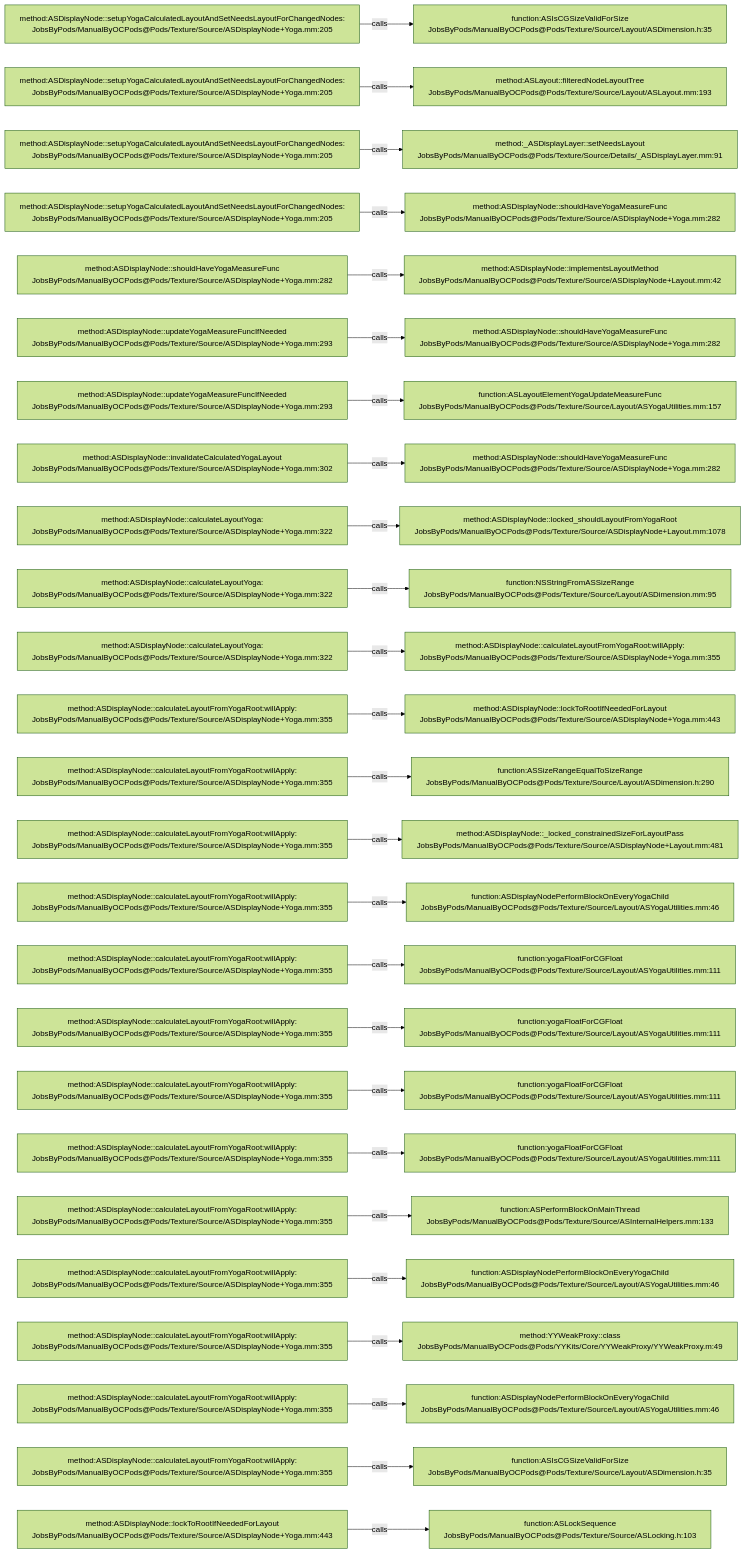
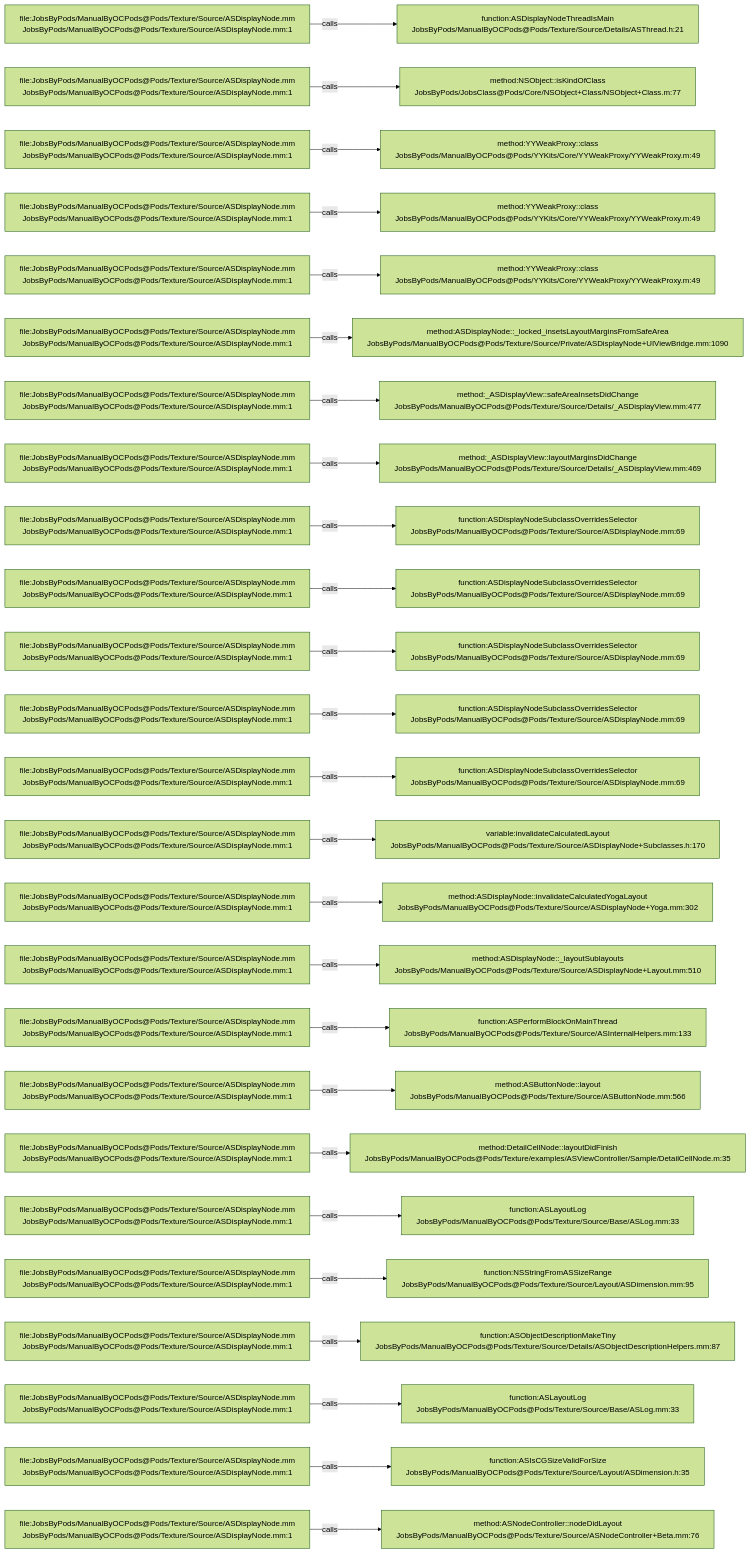
Before and after one commit to JobsKits/JobsOCBaseConfigDemo: the diagram in .codegraph/codegraph.md/graphs/calls-096.md, drawn with Mermaid (forest theme). The commit also changed 1353 other files, not shown here.

````diff
--- a/.codegraph/codegraph.md/graphs/calls-096.md
+++ b/.codegraph/codegraph.md/graphs/calls-096.md
@@ -13,78 +13,78 @@
 ```mermaid
 flowchart LR
-  S1["method:ASDisplayNode::setupYogaCalculatedLayoutAndSetNeedsLayoutForChangedNodes:<br/>JobsByPods/ManualByOCPods@Pods/Texture/Source/ASDisplayNode+Yoga.mm:205"]
-  T1["function:ASIsCGSizeValidForSize<br/>JobsByPods/ManualByOCPods@Pods/Texture/Source/Layout/ASDimension.h:35"]
+  S1["file:JobsByPods/ManualByOCPods@Pods/Texture/Source/ASDisplayNode.mm<br/>JobsByPods/ManualByOCPods@Pods/Texture/Source/ASDisplayNode.mm:1"]
+  T1["function:ASDisplayNodeThreadIsMain<br/>JobsByPods/ManualByOCPods@Pods/Texture/Source/Details/ASThread.h:21"]
   S1 -->|calls| T1
-  S2["method:ASDisplayNode::setupYogaCalculatedLayoutAndSetNeedsLayoutForChangedNodes:<br/>JobsByPods/ManualByOCPods@Pods/Texture/Source/ASDisplayNode+Yoga.mm:205"]
-  T2["method:ASLayout::filteredNodeLayoutTree<br/>JobsByPods/ManualByOCPods@Pods/Texture/Source/Layout/ASLayout.mm:193"]
+  S2["file:JobsByPods/ManualByOCPods@Pods/Texture/Source/ASDisplayNode.mm<br/>JobsByPods/ManualByOCPods@Pods/Texture/Source/ASDisplayNode.mm:1"]
+  T2["method:NSObject::isKindOfClass<br/>JobsByPods/JobsClass@Pods/Core/NSObject+Class/NSObject+Class.m:77"]
   S2 -->|calls| T2
-  S3["method:ASDisplayNode::setupYogaCalculatedLayoutAndSetNeedsLayoutForChangedNodes:<br/>JobsByPods/ManualByOCPods@Pods/Texture/Source/ASDisplayNode+Yoga.mm:205"]
-  T3["method:_ASDisplayLayer::setNeedsLayout<br/>JobsByPods/ManualByOCPods@Pods/Texture/Source/Details/_ASDisplayLayer.mm:91"]
+  S3["file:JobsByPods/ManualByOCPods@Pods/Texture/Source/ASDisplayNode.mm<br/>JobsByPods/ManualByOCPods@Pods/Texture/Source/ASDisplayNode.mm:1"]
+  T3["method:YYWeakProxy::class<br/>JobsByPods/ManualByOCPods@Pods/YYKits/Core/YYWeakProxy/YYWeakProxy.m:49"]
   S3 -->|calls| T3
-  S4["method:ASDisplayNode::setupYogaCalculatedLayoutAndSetNeedsLayoutForChangedNodes:<br/>JobsByPods/ManualByOCPods@Pods/Texture/Source/ASDisplayNode+Yoga.mm:205"]
-  T4["method:ASDisplayNode::shouldHaveYogaMeasureFunc<br/>JobsByPods/ManualByOCPods@Pods/Texture/Source/ASDisplayNode+Yoga.mm:282"]
+  S4["file:JobsByPods/ManualByOCPods@Pods/Texture/Source/ASDisplayNode.mm<br/>JobsByPods/ManualByOCPods@Pods/Texture/Source/ASDisplayNode.mm:1"]
+  T4["method:YYWeakProxy::class<br/>JobsByPods/ManualByOCPods@Pods/YYKits/Core/YYWeakProxy/YYWeakProxy.m:49"]
   S4 -->|calls| T4
-  S5["method:ASDisplayNode::shouldHaveYogaMeasureFunc<br/>JobsByPods/ManualByOCPods@Pods/Texture/Source/ASDisplayNode+Yoga.mm:282"]
-  T5["method:ASDisplayNode::implementsLayoutMethod<br/>JobsByPods/ManualByOCPods@Pods/Texture/Source/ASDisplayNode+Layout.mm:42"]
+  S5["file:JobsByPods/ManualByOCPods@Pods/Texture/Source/ASDisplayNode.mm<br/>JobsByPods/ManualByOCPods@Pods/Texture/Source/ASDisplayNode.mm:1"]
+  T5["method:YYWeakProxy::class<br/>JobsByPods/ManualByOCPods@Pods/YYKits/Core/YYWeakProxy/YYWeakProxy.m:49"]
   S5 -->|calls| T5
-  S6["method:ASDisplayNode::updateYogaMeasureFuncIfNeeded<br/>JobsByPods/ManualByOCPods@Pods/Texture/Source/ASDisplayNode+Yoga.mm:293"]
-  T6["method:ASDisplayNode::shouldHaveYogaMeasureFunc<br/>JobsByPods/ManualByOCPods@Pods/Texture/Source/ASDisplayNode+Yoga.mm:282"]
+  S6["file:JobsByPods/ManualByOCPods@Pods/Texture/Source/ASDisplayNode.mm<br/>JobsByPods/ManualByOCPods@Pods/Texture/Source/ASDisplayNode.mm:1"]
+  T6["method:ASDisplayNode::_locked_insetsLayoutMarginsFromSafeArea<br/>JobsByPods/ManualByOCPods@Pods/Texture/Source/Private/ASDisplayNode+UIViewBridge.mm:1090"]
   S6 -->|calls| T6
-  S7["method:ASDisplayNode::updateYogaMeasureFuncIfNeeded<br/>JobsByPods/ManualByOCPods@Pods/Texture/Source/ASDisplayNode+Yoga.mm:293"]
-  T7["function:ASLayoutElementYogaUpdateMeasureFunc<br/>JobsByPods/ManualByOCPods@Pods/Texture/Source/Layout/ASYogaUtilities.mm:157"]
+  S7["file:JobsByPods/ManualByOCPods@Pods/Texture/Source/ASDisplayNode.mm<br/>JobsByPods/ManualByOCPods@Pods/Texture/Source/ASDisplayNode.mm:1"]
+  T7["method:_ASDisplayView::safeAreaInsetsDidChange<br/>JobsByPods/ManualByOCPods@Pods/Texture/Source/Details/_ASDisplayView.mm:477"]
   S7 -->|calls| T7
-  S8["method:ASDisplayNode::invalidateCalculatedYogaLayout<br/>JobsByPods/ManualByOCPods@Pods/Texture/Source/ASDisplayNode+Yoga.mm:302"]
-  T8["method:ASDisplayNode::shouldHaveYogaMeasureFunc<br/>JobsByPods/ManualByOCPods@Pods/Texture/Source/ASDisplayNode+Yoga.mm:282"]
+  S8["file:JobsByPods/ManualByOCPods@Pods/Texture/Source/ASDisplayNode.mm<br/>JobsByPods/ManualByOCPods@Pods/Texture/Source/ASDisplayNode.mm:1"]
+  T8["method:_ASDisplayView::layoutMarginsDidChange<br/>JobsByPods/ManualByOCPods@Pods/Texture/Source/Details/_ASDisplayView.mm:469"]
   S8 -->|calls| T8
-  S9["method:ASDisplayNode::calculateLayoutYoga:<br/>JobsByPods/ManualByOCPods@Pods/Texture/Source/ASDisplayNode+Yoga.mm:322"]
-  T9["method:ASDisplayNode::locked_shouldLayoutFromYogaRoot<br/>JobsByPods/ManualByOCPods@Pods/Texture/Source/ASDisplayNode+Layout.mm:1078"]
+  S9["file:JobsByPods/ManualByOCPods@Pods/Texture/Source/ASDisplayNode.mm<br/>JobsByPods/ManualByOCPods@Pods/Texture/Source/ASDisplayNode.mm:1"]
+  T9["function:ASDisplayNodeSubclassOverridesSelector<br/>JobsByPods/ManualByOCPods@Pods/Texture/Source/ASDisplayNode.mm:69"]
   S9 -->|calls| T9
-  S10["method:ASDisplayNode::calculateLayoutYoga:<br/>JobsByPods/ManualByOCPods@Pods/Texture/Source/ASDisplayNode+Yoga.mm:322"]
-  T10["function:NSStringFromASSizeRange<br/>JobsByPods/ManualByOCPods@Pods/Texture/Source/Layout/ASDimension.mm:95"]
+  S10["file:JobsByPods/ManualByOCPods@Pods/Texture/Source/ASDisplayNode.mm<br/>JobsByPods/ManualByOCPods@Pods/Texture/Source/ASDisplayNode.mm:1"]
+  T10["function:ASDisplayNodeSubclassOverridesSelector<br/>JobsByPods/ManualByOCPods@Pods/Texture/Source/ASDisplayNode.mm:69"]
   S10 -->|calls| T10
-  S11["method:ASDisplayNode::calculateLayoutYoga:<br/>JobsByPods/ManualByOCPods@Pods/Texture/Source/ASDisplayNode+Yoga.mm:322"]
-  T11["method:ASDisplayNode::calculateLayoutFromYogaRoot:willApply:<br/>JobsByPods/ManualByOCPods@Pods/Texture/Source/ASDisplayNode+Yoga.mm:355"]
+  S11["file:JobsByPods/ManualByOCPods@Pods/Texture/Source/ASDisplayNode.mm<br/>JobsByPods/ManualByOCPods@Pods/Texture/Source/ASDisplayNode.mm:1"]
+  T11["function:ASDisplayNodeSubclassOverridesSelector<br/>JobsByPods/ManualByOCPods@Pods/Texture/Source/ASDisplayNode.mm:69"]
   S11 -->|calls| T11
-  S12["method:ASDisplayNode::calculateLayoutFromYogaRoot:willApply:<br/>JobsByPods/ManualByOCPods@Pods/Texture/Source/ASDisplayNode+Yoga.mm:355"]
-  T12["method:ASDisplayNode::lockToRootIfNeededForLayout<br/>JobsByPods/ManualByOCPods@Pods/Texture/Source/ASDisplayNode+Yoga.mm:443"]
+  S12["file:JobsByPods/ManualByOCPods@Pods/Texture/Source/ASDisplayNode.mm<br/>JobsByPods/ManualByOCPods@Pods/Texture/Source/ASDisplayNode.mm:1"]
+  T12["function:ASDisplayNodeSubclassOverridesSelector<br/>JobsByPods/ManualByOCPods@Pods/Texture/Source/ASDisplayNode.mm:69"]
   S12 -->|calls| T12
-  S13["method:ASDisplayNode::calculateLayoutFromYogaRoot:willApply:<br/>JobsByPods/ManualByOCPods@Pods/Texture/Source/ASDisplayNode+Yoga.mm:355"]
-  T13["function:ASSizeRangeEqualToSizeRange<br/>JobsByPods/ManualByOCPods@Pods/Texture/Source/Layout/ASDimension.h:290"]
+  S13["file:JobsByPods/ManualByOCPods@Pods/Texture/Source/ASDisplayNode.mm<br/>JobsByPods/ManualByOCPods@Pods/Texture/Source/ASDisplayNode.mm:1"]
+  T13["function:ASDisplayNodeSubclassOverridesSelector<br/>JobsByPods/ManualByOCPods@Pods/Texture/Source/ASDisplayNode.mm:69"]
   S13 -->|calls| T13
-  S14["method:ASDisplayNode::calculateLayoutFromYogaRoot:willApply:<br/>JobsByPods/ManualByOCPods@Pods/Texture/Source/ASDisplayNode+Yoga.mm:355"]
-  T14["method:ASDisplayNode::_locked_constrainedSizeForLayoutPass<br/>JobsByPods/ManualByOCPods@Pods/Texture/Source/ASDisplayNode+Layout.mm:481"]
+  S14["file:JobsByPods/ManualByOCPods@Pods/Texture/Source/ASDisplayNode.mm<br/>JobsByPods/ManualByOCPods@Pods/Texture/Source/ASDisplayNode.mm:1"]
+  T14["variable:invalidateCalculatedLayout<br/>JobsByPods/ManualByOCPods@Pods/Texture/Source/ASDisplayNode+Subclasses.h:170"]
   S14 -->|calls| T14
-  S15["method:ASDisplayNode::calculateLayoutFromYogaRoot:willApply:<br/>JobsByPods/ManualByOCPods@Pods/Texture/Source/ASDisplayNode+Yoga.mm:355"]
-  T15["function:ASDisplayNodePerformBlockOnEveryYogaChild<br/>JobsByPods/ManualByOCPods@Pods/Texture/Source/Layout/ASYogaUtilities.mm:46"]
+  S15["file:JobsByPods/ManualByOCPods@Pods/Texture/Source/ASDisplayNode.mm<br/>JobsByPods/ManualByOCPods@Pods/Texture/Source/ASDisplayNode.mm:1"]
+  T15["method:ASDisplayNode::invalidateCalculatedYogaLayout<br/>JobsByPods/ManualByOCPods@Pods/Texture/Source/ASDisplayNode+Yoga.mm:302"]
   S15 -->|calls| T15
-  S16["method:ASDisplayNode::calculateLayoutFromYogaRoot:willApply:<br/>JobsByPods/ManualByOCPods@Pods/Texture/Source/ASDisplayNode+Yoga.mm:355"]
-  T16["function:yogaFloatForCGFloat<br/>JobsByPods/ManualByOCPods@Pods/Texture/Source/Layout/ASYogaUtilities.mm:111"]
+  S16["file:JobsByPods/ManualByOCPods@Pods/Texture/Source/ASDisplayNode.mm<br/>JobsByPods/ManualByOCPods@Pods/Texture/Source/ASDisplayNode.mm:1"]
+  T16["method:ASDisplayNode::_layoutSublayouts<br/>JobsByPods/ManualByOCPods@Pods/Texture/Source/ASDisplayNode+Layout.mm:510"]
   S16 -->|calls| T16
-  S17["method:ASDisplayNode::calculateLayoutFromYogaRoot:willApply:<br/>JobsByPods/ManualByOCPods@Pods/Texture/Source/ASDisplayNode+Yoga.mm:355"]
-  T17["function:yogaFloatForCGFloat<br/>JobsByPods/ManualByOCPods@Pods/Texture/Source/Layout/ASYogaUtilities.mm:111"]
+  S17["file:JobsByPods/ManualByOCPods@Pods/Texture/Source/ASDisplayNode.mm<br/>JobsByPods/ManualByOCPods@Pods/Texture/Source/ASDisplayNode.mm:1"]
+  T17["function:ASPerformBlockOnMainThread<br/>JobsByPods/ManualByOCPods@Pods/Texture/Source/ASInternalHelpers.mm:133"]
   S17 -->|calls| T17
-  S18["method:ASDisplayNode::calculateLayoutFromYogaRoot:willApply:<br/>JobsByPods/ManualByOCPods@Pods/Texture/Source/ASDisplayNode+Yoga.mm:355"]
-  T18["function:yogaFloatForCGFloat<br/>JobsByPods/ManualByOCPods@Pods/Texture/Source/Layout/ASYogaUtilities.mm:111"]
+  S18["file:JobsByPods/ManualByOCPods@Pods/Texture/Source/ASDisplayNode.mm<br/>JobsByPods/ManualByOCPods@Pods/Texture/Source/ASDisplayNode.mm:1"]
+  T18["method:ASButtonNode::layout<br/>JobsByPods/ManualByOCPods@Pods/Texture/Source/ASButtonNode.mm:566"]
   S18 -->|calls| T18
-  S19["method:ASDisplayNode::calculateLayoutFromYogaRoot:willApply:<br/>JobsByPods/ManualByOCPods@Pods/Texture/Source/ASDisplayNode+Yoga.mm:355"]
-  T19["function:yogaFloatForCGFloat<br/>JobsByPods/ManualByOCPods@Pods/Texture/Source/Layout/ASYogaUtilities.mm:111"]
+  S19["file:JobsByPods/ManualByOCPods@Pods/Texture/Source/ASDisplayNode.mm<br/>JobsByPods/ManualByOCPods@Pods/Texture/Source/ASDisplayNode.mm:1"]
+  T19["method:DetailCellNode::layoutDidFinish<br/>JobsByPods/ManualByOCPods@Pods/Texture/examples/ASViewController/Sample/DetailCellNode.m:35"]
   S19 -->|calls| T19
-  S20["method:ASDisplayNode::calculateLayoutFromYogaRoot:willApply:<br/>JobsByPods/ManualByOCPods@Pods/Texture/Source/ASDisplayNode+Yoga.mm:355"]
-  T20["function:ASPerformBlockOnMainThread<br/>JobsByPods/ManualByOCPods@Pods/Texture/Source/ASInternalHelpers.mm:133"]
+  S20["file:JobsByPods/ManualByOCPods@Pods/Texture/Source/ASDisplayNode.mm<br/>JobsByPods/ManualByOCPods@Pods/Texture/Source/ASDisplayNode.mm:1"]
+  T20["function:ASLayoutLog<br/>JobsByPods/ManualByOCPods@Pods/Texture/Source/Base/ASLog.mm:33"]
   S20 -->|calls| T20
-  S21["method:ASDisplayNode::calculateLayoutFromYogaRoot:willApply:<br/>JobsByPods/ManualByOCPods@Pods/Texture/Source/ASDisplayNode+Yoga.mm:355"]
-  T21["function:ASDisplayNodePerformBlockOnEveryYogaChild<br/>JobsByPods/ManualByOCPods@Pods/Texture/Source/Layout/ASYogaUtilities.mm:46"]
+  S21["file:JobsByPods/ManualByOCPods@Pods/Texture/Source/ASDisplayNode.mm<br/>JobsByPods/ManualByOCPods@Pods/Texture/Source/ASDisplayNode.mm:1"]
+  T21["function:NSStringFromASSizeRange<br/>JobsByPods/ManualByOCPods@Pods/Texture/Source/Layout/ASDimension.mm:95"]
   S21 -->|calls| T21
-  S22["method:ASDisplayNode::calculateLayoutFromYogaRoot:willApply:<br/>JobsByPods/ManualByOCPods@Pods/Texture/Source/ASDisplayNode+Yoga.mm:355"]
-  T22["method:YYWeakProxy::class<br/>JobsByPods/ManualByOCPods@Pods/YYKits/Core/YYWeakProxy/YYWeakProxy.m:49"]
+  S22["file:JobsByPods/ManualByOCPods@Pods/Texture/Source/ASDisplayNode.mm<br/>JobsByPods/ManualByOCPods@Pods/Texture/Source/ASDisplayNode.mm:1"]
+  T22["function:ASObjectDescriptionMakeTiny<br/>JobsByPods/ManualByOCPods@Pods/Texture/Source/Details/ASObjectDescriptionHelpers.mm:87"]
   S22 -->|calls| T22
-  S23["method:ASDisplayNode::calculateLayoutFromYogaRoot:willApply:<br/>JobsByPods/ManualByOCPods@Pods/Texture/Source/ASDisplayNode+Yoga.mm:355"]
-  T23["function:ASDisplayNodePerformBlockOnEveryYogaChild<br/>JobsByPods/ManualByOCPods@Pods/Texture/Source/Layout/ASYogaUtilities.mm:46"]
+  S23["file:JobsByPods/ManualByOCPods@Pods/Texture/Source/ASDisplayNode.mm<br/>JobsByPods/ManualByOCPods@Pods/Texture/Source/ASDisplayNode.mm:1"]
+  T23["function:ASLayoutLog<br/>JobsByPods/ManualByOCPods@Pods/Texture/Source/Base/ASLog.mm:33"]
   S23 -->|calls| T23
-  S24["method:ASDisplayNode::calculateLayoutFromYogaRoot:willApply:<br/>JobsByPods/ManualByOCPods@Pods/Texture/Source/ASDisplayNode+Yoga.mm:355"]
+  S24["file:JobsByPods/ManualByOCPods@Pods/Texture/Source/ASDisplayNode.mm<br/>JobsByPods/ManualByOCPods@Pods/Texture/Source/ASDisplayNode.mm:1"]
   T24["function:ASIsCGSizeValidForSize<br/>JobsByPods/ManualByOCPods@Pods/Texture/Source/Layout/ASDimension.h:35"]
   S24 -->|calls| T24
-  S25["method:ASDisplayNode::lockToRootIfNeededForLayout<br/>JobsByPods/ManualByOCPods@Pods/Texture/Source/ASDisplayNode+Yoga.mm:443"]
-  T25["function:ASLockSequence<br/>JobsByPods/ManualByOCPods@Pods/Texture/Source/ASLocking.h:103"]
+  S25["file:JobsByPods/ManualByOCPods@Pods/Texture/Source/ASDisplayNode.mm<br/>JobsByPods/ManualByOCPods@Pods/Texture/Source/ASDisplayNode.mm:1"]
+  T25["method:ASNodeController::nodeDidLayout<br/>JobsByPods/ManualByOCPods@Pods/Texture/Source/ASNodeController+Beta.mm:76"]
   S25 -->|calls| T25
 ```
````
